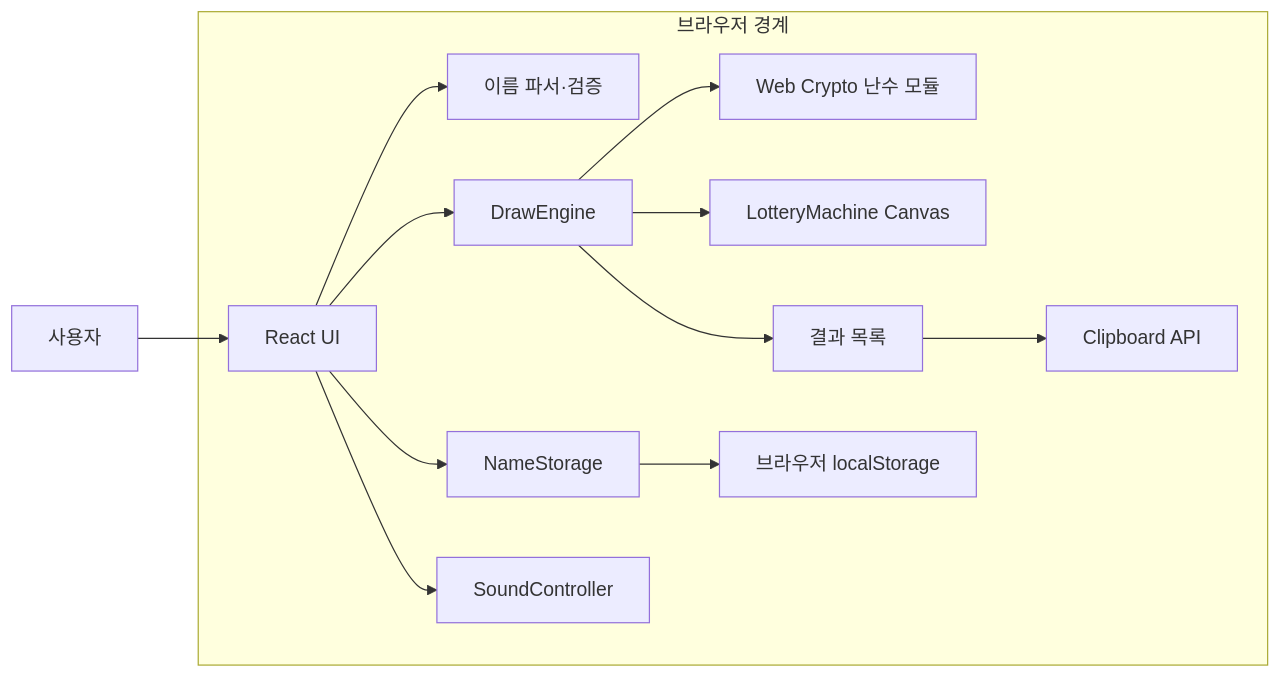
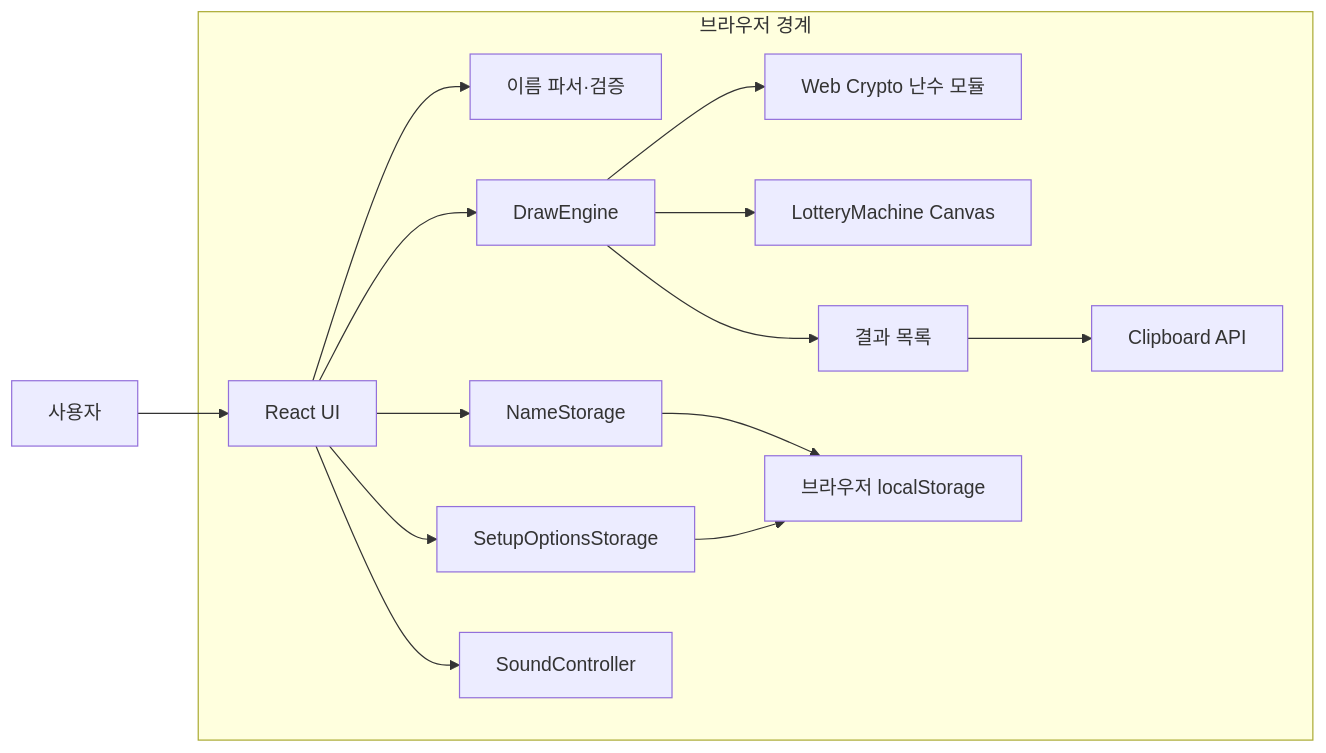
The first of 3 diagrams in docs/architecture.md (tinywolf/roulette), drawn with Mermaid before and after one commit. The commit also changed other lines of this file and 10 other files, not shown here.

````diff
--- a/docs/architecture.md
+++ b/docs/architecture.md
@@ -22,26 +22,29 @@
 ```mermaid
 flowchart LR
     User["사용자"] --> UI["React UI"]
     UI --> Parser["이름 파서·검증"]
     UI --> Engine["DrawEngine"]
-    UI --> Storage["NameStorage"]
+    UI --> NameStorage["NameStorage"]
+    UI --> OptionsStorage["SetupOptionsStorage"]
     UI --> Sound["SoundController"]
     Engine --> Random["Web Crypto 난수 모듈"]
     Engine --> Canvas["LotteryMachine Canvas"]
-    Storage --> LocalStorage["브라우저 localStorage"]
+    NameStorage --> LocalStorage["브라우저 localStorage"]
+    OptionsStorage --> LocalStorage
     Engine --> Results["결과 목록"]
     Results --> Clipboard["Clipboard API"]
 
     subgraph Browser["브라우저 경계"]
       UI
       Parser
       Engine
       Random
       Canvas
-      Storage
+      NameStorage
+      OptionsStorage
       Sound
       Results
       LocalStorage
       Clipboard
     end
 ```
````
